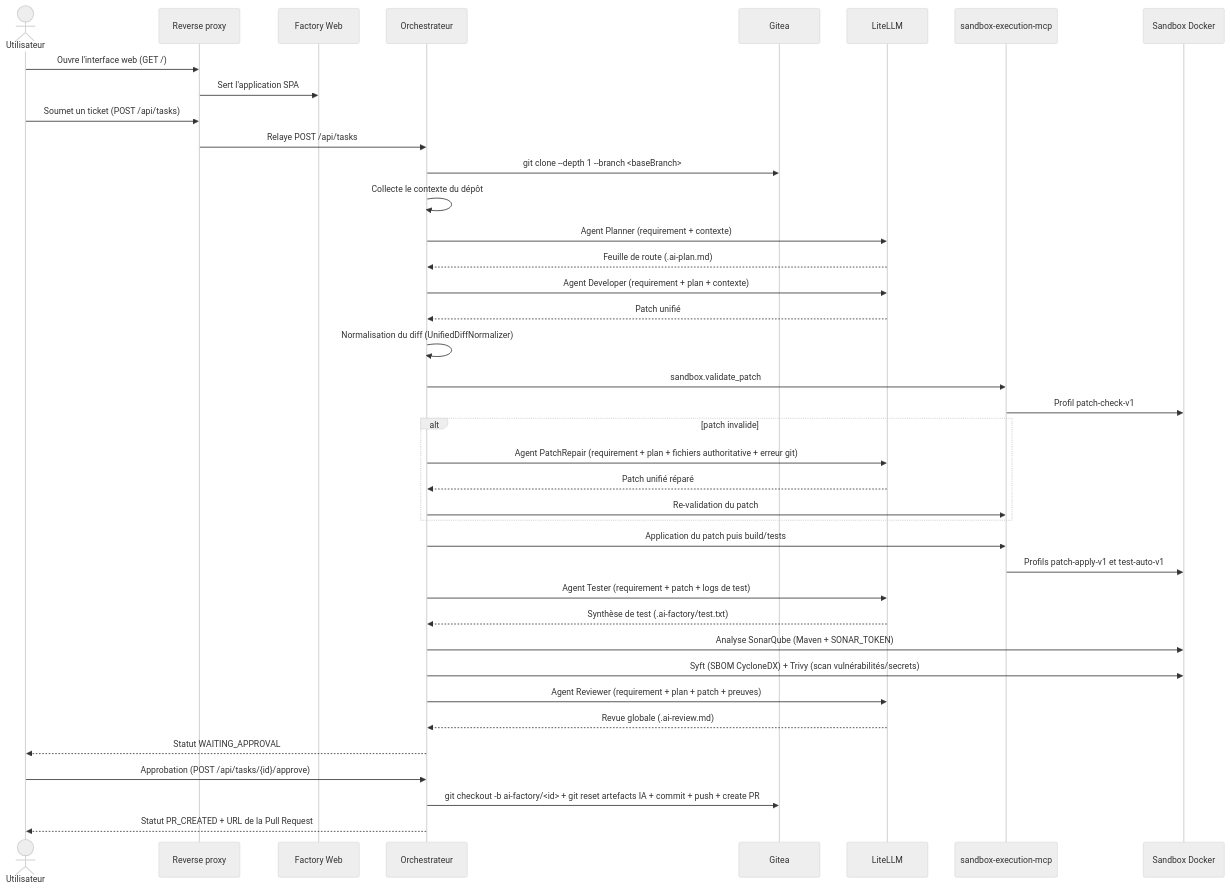
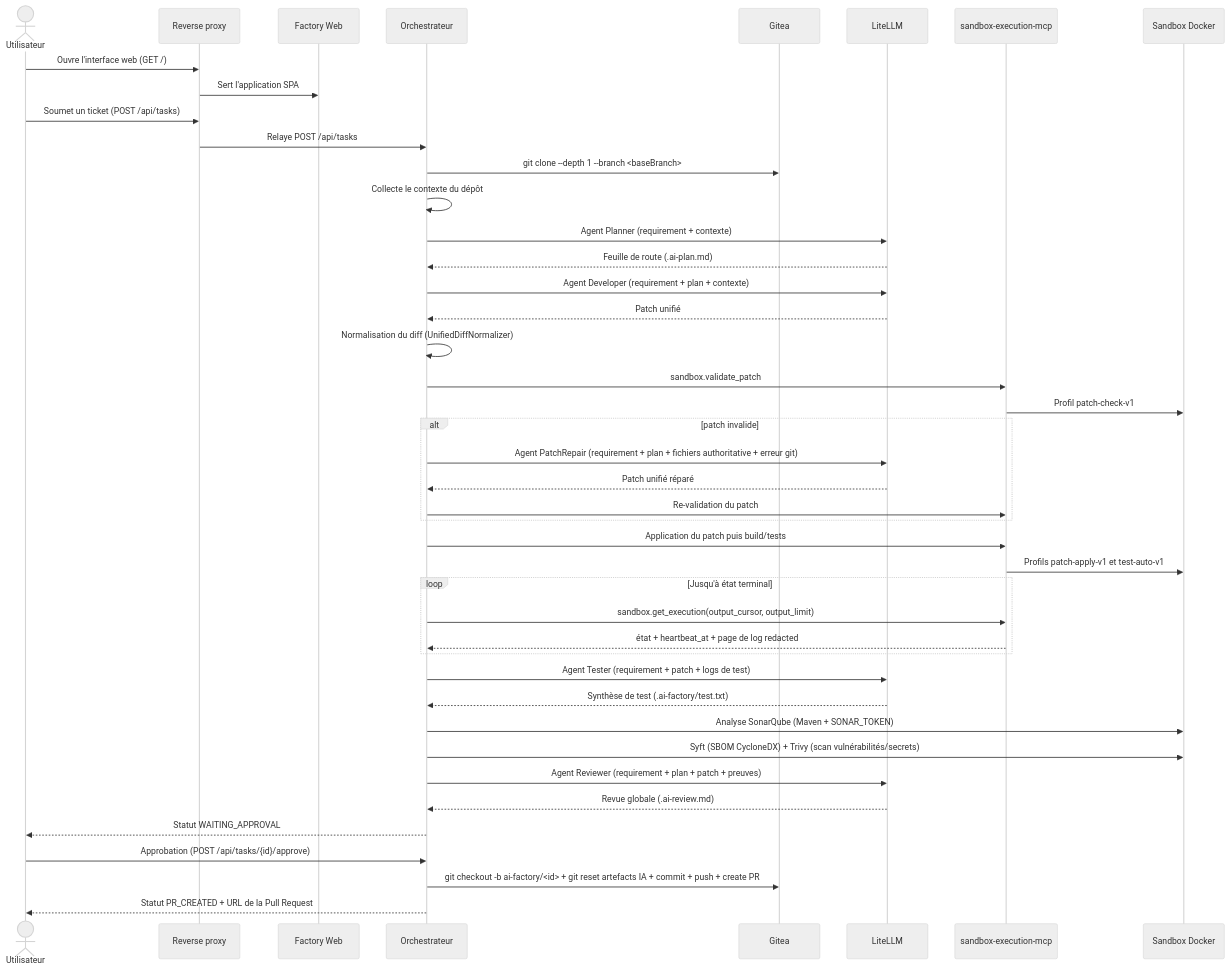
The third of 3 diagrams in docs/proto-architecture.md (dbeaumont/ai-software-factory-local), drawn with Mermaid (neutral theme) before and after one commit. The commit also changed other lines of this file and 18 other files, not shown here.

````diff
--- a/docs/proto-architecture.md
+++ b/docs/proto-architecture.md
@@ -87,42 +87,46 @@
 ```mermaid
 sequenceDiagram
   actor U as Utilisateur
   participant P as Reverse proxy
   participant W as Factory Web
   participant O as Orchestrateur
   participant G as Gitea
   participant L as LiteLLM
   participant C as sandbox-execution-mcp
   participant S as Sandbox Docker
 
   U->>P: Ouvre l'interface web (GET /)
   P->>W: Sert l'application SPA
   U->>P: Soumet un ticket (POST /api/tasks)
   P->>O: Relaye POST /api/tasks
   O->>G: git clone --depth 1 --branch <baseBranch>
   O->>O: Collecte le contexte du dépôt
   O->>L: Agent Planner (requirement + contexte)
   L-->>O: Feuille de route (.ai-plan.md)
   O->>L: Agent Developer (requirement + plan + contexte)
   L-->>O: Patch unifié
   O->>O: Normalisation du diff (UnifiedDiffNormalizer)
   O->>C: sandbox.validate_patch
   C->>S: Profil patch-check-v1
   alt patch invalide
     O->>L: Agent PatchRepair (requirement + plan + fichiers authoritative + erreur git)
     L-->>O: Patch unifié réparé
     O->>C: Re-validation du patch
   end
   O->>C: Application du patch puis build/tests
   C->>S: Profils patch-apply-v1 et test-auto-v1
+  loop Jusqu'à état terminal
+    O->>C: sandbox.get_execution(output_cursor, output_limit)
+    C-->>O: état + heartbeat_at + page de log redacted
+  end
   O->>L: Agent Tester (requirement + patch + logs de test)
   L-->>O: Synthèse de test (.ai-factory/test.txt)
   O->>S: Analyse SonarQube (Maven + SONAR_TOKEN)
   O->>S: Syft (SBOM CycloneDX) + Trivy (scan vulnérabilités/secrets)
   O->>L: Agent Reviewer (requirement + plan + patch + preuves)
   L-->>O: Revue globale (.ai-review.md)
   O-->>U: Statut WAITING_APPROVAL
   U->>O: Approbation (POST /api/tasks/{id}/approve)
   O->>G: git checkout -b ai-factory/<id> + git reset artefacts IA + commit + push + create PR
   O-->>U: Statut PR_CREATED + URL de la Pull Request
 ```
````
